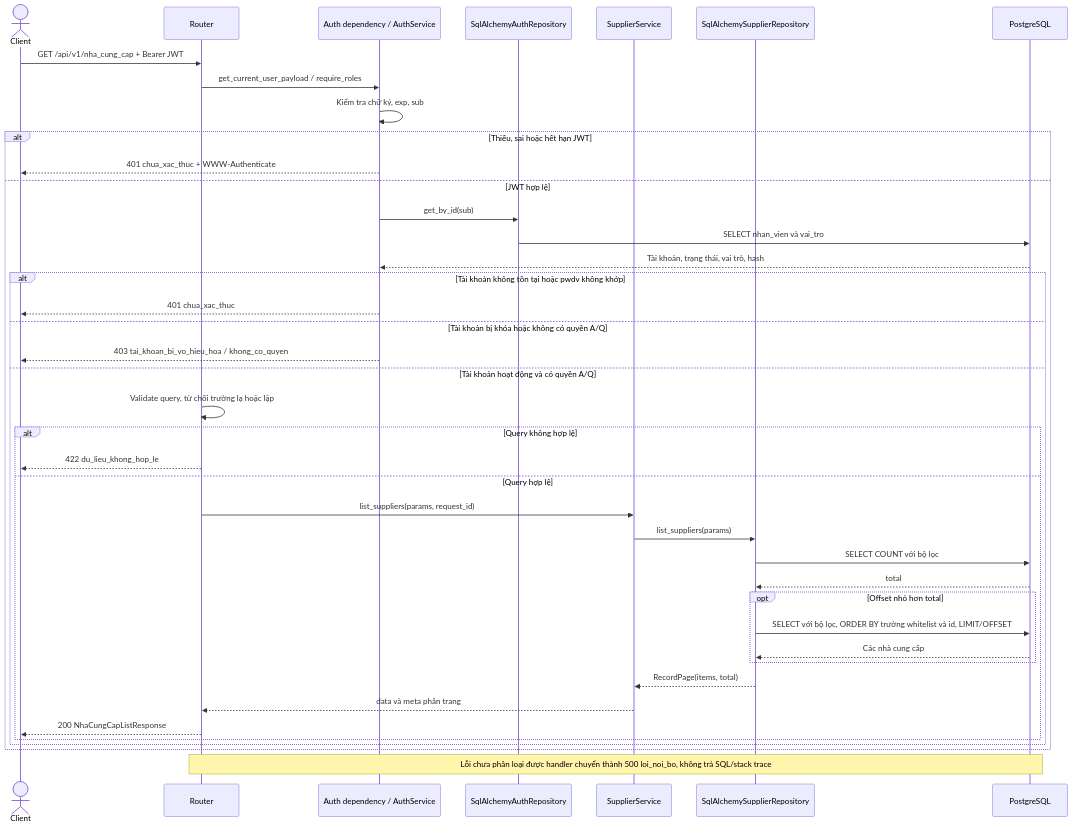
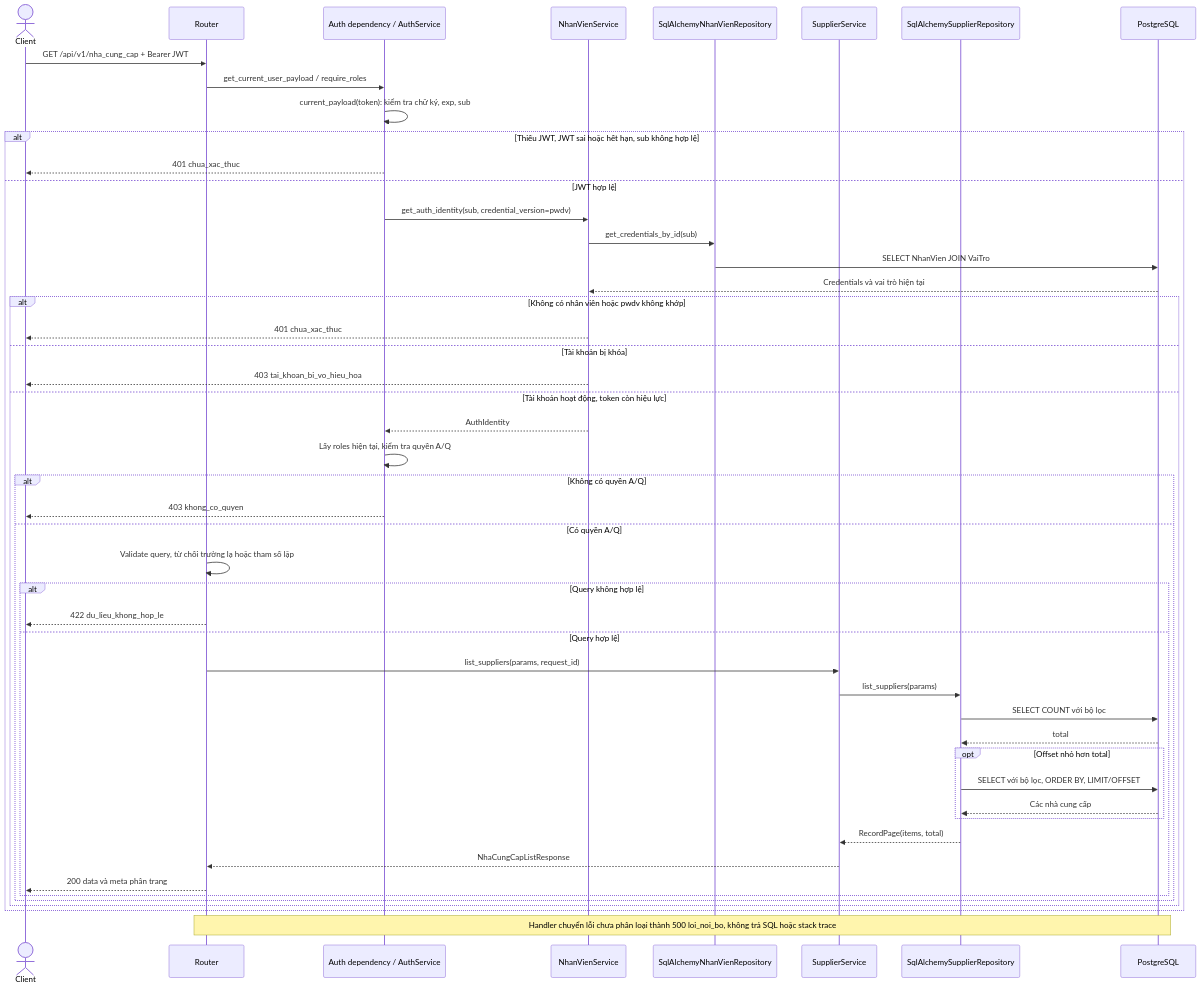
Before and after one commit to thanhklt/xbike-mrp-system: the first of 3 diagrams in docs/sequence/nha_cung_cap.md, drawn with Mermaid. The commit also changed other lines of this file and 3 other files, not shown here.

````diff
--- a/docs/sequence/nha_cung_cap.md
+++ b/docs/sequence/nha_cung_cap.md
@@ -10,43 +16,51 @@
 ```mermaid
 sequenceDiagram
     actor Client
     participant Router
     participant Auth as Auth dependency / AuthService
-    participant AuthRepo as SqlAlchemyAuthRepository
+    participant Employees as NhanVienService
+    participant EmployeeRepo as SqlAlchemyNhanVienRepository
     participant Service as SupplierService
     participant Repo as SqlAlchemySupplierRepository
     participant DB as PostgreSQL
     Client->>Router: GET /api/v1/nha_cung_cap + Bearer JWT
     Router->>Auth: get_current_user_payload / require_roles
-    Auth->>Auth: Kiểm tra chữ ký, exp, sub
-    alt Thiếu, sai hoặc hết hạn JWT
-        Auth-->>Client: 401 chua_xac_thuc + WWW-Authenticate
+    Auth->>Auth: current_payload(token): kiểm tra chữ ký, exp, sub
+    alt Thiếu JWT, JWT sai hoặc hết hạn, sub không hợp lệ
+        Auth-->>Client: 401 chua_xac_thuc
     else JWT hợp lệ
-        Auth->>AuthRepo: get_by_id(sub)
-        AuthRepo->>DB: SELECT nhan_vien và vai_tro
-        DB-->>Auth: Tài khoản, trạng thái, vai trò, hash
-        alt Tài khoản không tồn tại hoặc pwdv không khớp
-            Auth-->>Client: 401 chua_xac_thuc
-        else Tài khoản bị khóa hoặc không có quyền A/Q
-            Auth-->>Client: 403 tai_khoan_bi_vo_hieu_hoa / khong_co_quyen
-        else Tài khoản hoạt động và có quyền A/Q
-            Router->>Router: Validate query, từ chối trường lạ hoặc lặp
-            alt Query không hợp lệ
-                Router-->>Client: 422 du_lieu_khong_hop_le
-            else Query hợp lệ
-                Router->>Service: list_suppliers(params, request_id)
-                Service->>Repo: list_suppliers(params)
-                Repo->>DB: SELECT COUNT với bộ lọc
-                DB-->>Repo: total
-                opt Offset nhỏ hơn total
-                    Repo->>DB: SELECT với bộ lọc, ORDER BY trường whitelist và id, LIMIT/OFFSET
-                    DB-->>Repo: Các nhà cung cấp
+        Auth->>Employees: get_auth_identity(sub, credential_version=pwdv)
+        Employees->>EmployeeRepo: get_credentials_by_id(sub)
+        EmployeeRepo->>DB: SELECT NhanVien JOIN VaiTro
+        DB-->>Employees: Credentials và vai trò hiện tại
+        alt Không có nhân viên hoặc pwdv không khớp
+            Employees-->>Client: 401 chua_xac_thuc
+        else Tài khoản bị khóa
+            Employees-->>Client: 403 tai_khoan_bi_vo_hieu_hoa
+        else Tài khoản hoạt động, token còn hiệu lực
+            Employees-->>Auth: AuthIdentity
+            Auth->>Auth: Lấy roles hiện tại, kiểm tra quyền A/Q
+            alt Không có quyền A/Q
+                Auth-->>Client: 403 khong_co_quyen
+            else Có quyền A/Q
+                Router->>Router: Validate query, từ chối trường lạ hoặc tham số lặp
+                alt Query không hợp lệ
+                    Router-->>Client: 422 du_lieu_khong_hop_le
+                else Query hợp lệ
+                    Router->>Service: list_suppliers(params, request_id)
+                    Service->>Repo: list_suppliers(params)
+                    Repo->>DB: SELECT COUNT với bộ lọc
+                    DB-->>Repo: total
+                    opt Offset nhỏ hơn total
+                        Repo->>DB: SELECT với bộ lọc, ORDER BY, LIMIT/OFFSET
+                        DB-->>Repo: Các nhà cung cấp
+                    end
+                    Repo-->>Service: RecordPage(items, total)
+                    Service-->>Router: NhaCungCapListResponse
+                    Router-->>Client: 200 data và meta phân trang
                 end
-                Repo-->>Service: RecordPage(items, total)
-                Service-->>Router: data và meta phân trang
-                Router-->>Client: 200 NhaCungCapListResponse
             end
         end
     end
-    Note over Router,DB: Lỗi chưa phân loại được handler chuyển thành 500 loi_noi_bo, không trả SQL/stack trace
+    Note over Router,DB: Handler chuyển lỗi chưa phân loại thành 500 loi_noi_bo, không trả SQL hoặc stack trace
 ```
````
